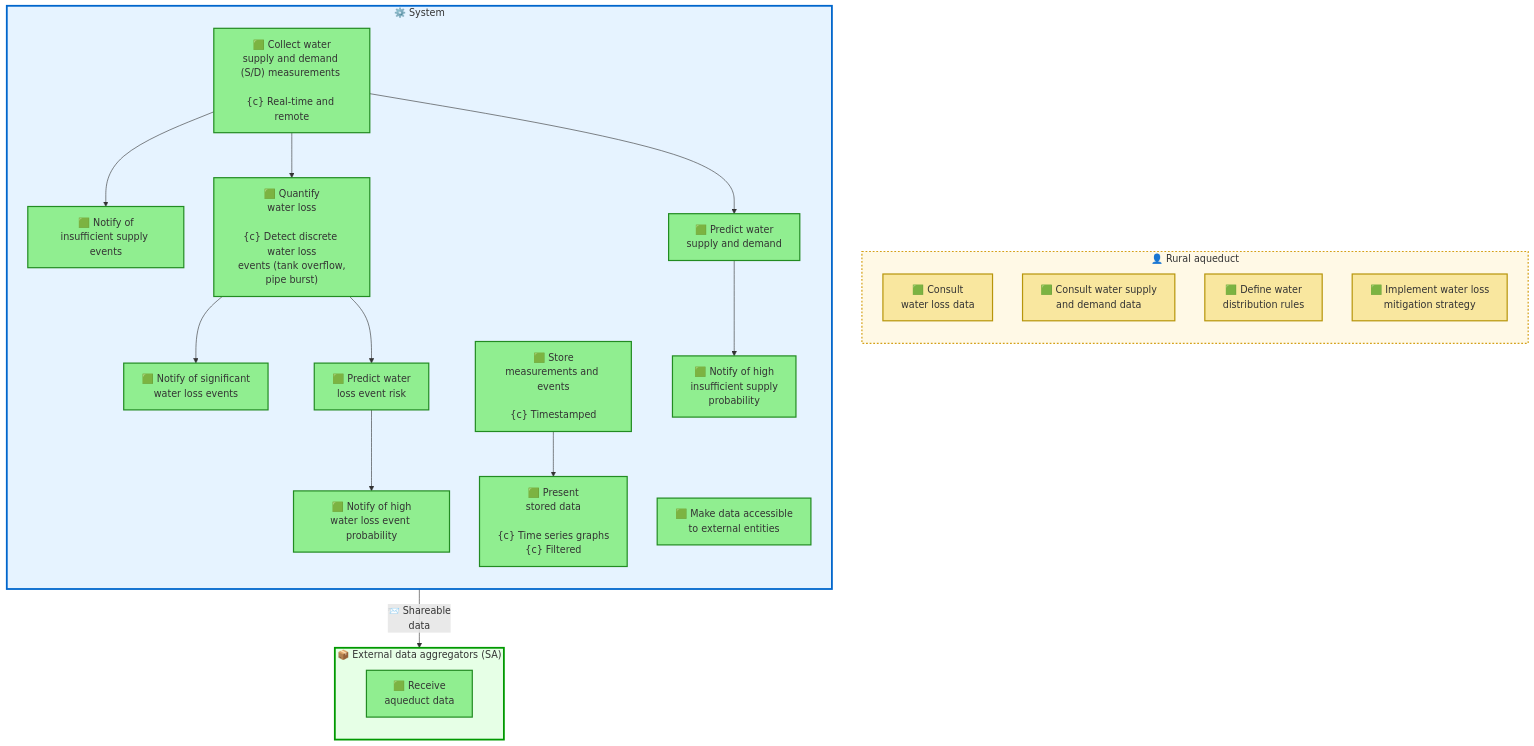
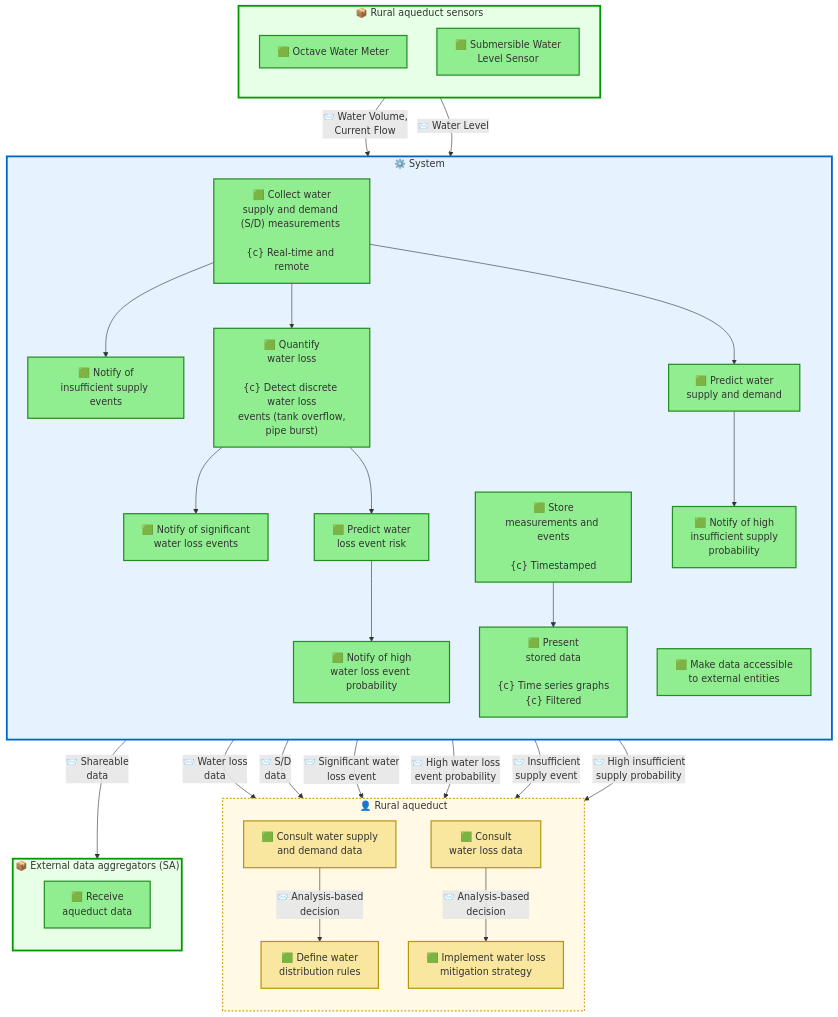
Before and after one commit to DeltaLabo/ASADA_Paso_Ancho: the diagram in se/system_architecture.mmd, drawn with Mermaid.

```diff
--- a/se/system_architecture.mmd
+++ b/se/system_architecture.mmd
@@ -1,57 +1,79 @@
 flowchart TB
     subgraph RuralAqueductActors["👤 Rural aqueduct"]
         direction TB
         
         F_CONSULT_WL["🟩 Consult<br/>water loss data"]
         F_CONSULT_SD["🟩 Consult water supply<br/>and demand data"]
         F_DEF_DIST["🟩 Define water<br/>distribution rules"]
         F_IMPL_WL_MIT["🟩 Implement water loss<br/>mitigation strategy"]
+    end
+
+    subgraph Sensors["📦 Rural aqueduct sensors"]
+        direction TB
+        SENSOR_OCTAVE["🟩 Octave Water Meter"]
+        SENSOR_LEVEL["🟩 Submersible Water<br/>Level Sensor"]
     end
 
     subgraph ExtDataAgg["📦 External data aggregators (SA)"]
         direction TB
         SF_ED1["🟩 Receive<br/>aqueduct data"]
     end
 
     subgraph RuralAqueductSystem["⚙️ System"]
         direction TB
 
         SF_AQ5["🟩 Notify of<br/>insufficient supply events"]
         SF_AQ6["🟩 Predict water<br/>supply and demand"]
         SF_AQ7["🟩 Notify of significant<br/>water loss events"]
         SF_AQ8["🟩 Quantify<br/>water loss<br/><br/>{c} Detect discrete water loss<br/>events (tank overflow,<br/>pipe burst)"]
         SF_AQ10["🟩 Collect water<br/>supply and demand (S/D) measurements <br/><br/>{c} Real-time and remote<br/>"]
         SF_AQ11["🟩 Notify of high<br/>water loss event probability"]
         SF_AQ12["🟩 Notify of high<br/>insufficient supply<br/> probability"]
         SF_AQ13["🟩 Make data accessible<br/>to external entities"]
         SF_AQ14["🟩 Present<br/>stored data<br/><br/>{c} Time series graphs<br/>{c} Filtered<br/>"]
         SF_AQ15["🟩 Store<br/>measurements and events<br/><br/>{c} Timestamped"]
         SF_AQ16["🟩 Predict water<br/>loss event risk"]
     end
 
+    %% Rural aqueduct human activity exchanges
+    SF_AQ14 -->|"📨 Water loss<br/>data"| F_CONSULT_WL
+    SF_AQ14 -->|"📨 S/D<br/>data"| F_CONSULT_SD
+    SF_AQ7 -->|"📨 Significant water<br/>loss event"| F_IMPL_WL_MIT
+    SF_AQ11 -->|"📨 High water loss<br/>event probability"| F_IMPL_WL_MIT
+    SF_AQ5 -->|"📨 Insufficient<br/>supply event"| F_DEF_DIST
+    SF_AQ12 -->|"📨 High insufficient<br/>supply probability"| F_DEF_DIST
+    F_CONSULT_SD -->|"📨 Analysis-based<br/>decision"| F_DEF_DIST
+    F_CONSULT_WL -->|"📨 Analysis-based<br/>decision"| F_IMPL_WL_MIT
+
+    %% Sensor exchanges
+    SENSOR_OCTAVE -->|"📨 Water Volume,<br/>Current Flow"| SF_AQ10
+    SENSOR_LEVEL -->|"📨 Water Level"| SF_AQ10
+
     %% External data aggregators exchange
     SF_AQ13 -->|"📨 Shareable<br/>data"| SF_ED1
 
     %% Internal System exchanges
     SF_AQ8 --> SF_AQ7
     SF_AQ16 --> SF_AQ11
 
     SF_AQ15 --> SF_AQ14
     SF_AQ10 --> SF_AQ6
     SF_AQ10 --> SF_AQ8
     SF_AQ10 --> SF_AQ5
     SF_AQ6 --> SF_AQ12
     SF_AQ8 --> SF_AQ16
 
     %% Styling
     classDef actorFunctionClass fill:#f9e79f,stroke:#b7950b,stroke-width:2px
     classDef systemFunctionClass fill:#90ee90,stroke:#228b22,stroke-width:2px
     classDef systemClass fill:#e6f3ff,stroke:#0066cc,stroke-width:3px
     classDef externalClass fill:#e6ffe6,stroke:#009900,stroke-width:3px
     classDef actorContainerClass fill:#fff9e6,stroke:#d4a017,stroke-width:2px,stroke-dasharray: 3 3
 
     class F_CONSULT_WL,F_CONSULT_SD,F_DEF_DIST,F_IMPL_WL_MIT actorFunctionClass
+    class SENSOR_OCTAVE,SENSOR_LEVEL systemFunctionClass
+    class Sensors externalClass
     class SF_ED1,SF_AQ5,SF_AQ6,SF_AQ7,SF_AQ8,SF_AQ10,SF_AQ11,SF_AQ12,SF_AQ13,SF_AQ14,SF_AQ15,SF_AQ16 systemFunctionClass
     class RuralAqueductSystem systemClass
     class ExtDataAgg externalClass
     class RuralAqueductActors actorContainerClass
```
